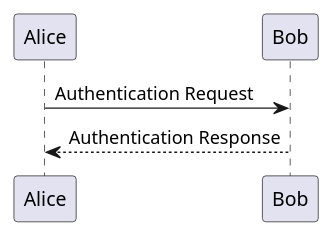
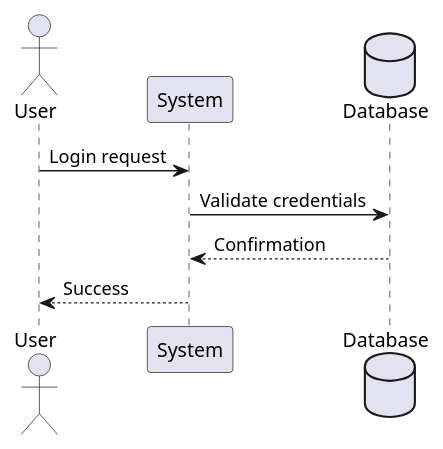
Before and after one commit to docToolchain/diag-agent: the diagram in test_output/diagram.puml, drawn with PlantUML. The commit also changed other lines of this file and 5 other files, not shown here.

First line of the commit message:
feat: optimize LLM prompt for clean diagram code output

```diff
--- a/test_output/diagram.puml
+++ b/test_output/diagram.puml
@@ -2,4 +1,10 @@
 @startuml
-Alice -> Bob: Authentication Request
-Bob --> Alice: Authentication Response
+actor User
+participant System
+database Database
+
+User -> System: Login request
+System -> Database: Validate credentials
+Database --> System: Confirmation
+System --> User: Success
 @enduml
```
